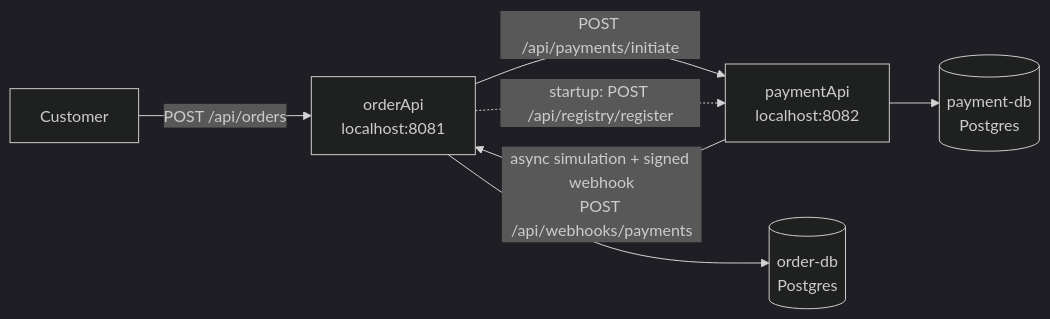
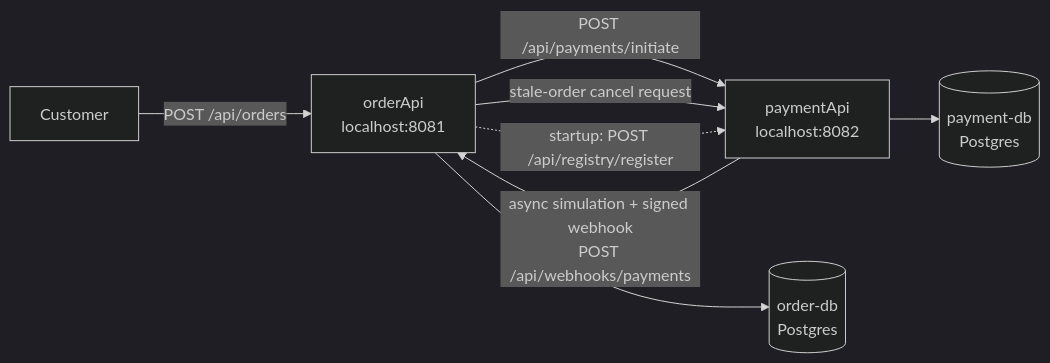
The first of 2 diagrams in webhooks/README.md (PouyaPouryaie/async-communication-pattern), drawn with Mermaid (dark theme) before and after one commit. The commit also changed other lines of this file and 19 other files, not shown here.

Commit message:
feat: Implement stale order cancellation mechanism and update payment status handling

````diff
--- a/webhooks/README.md
+++ b/webhooks/README.md
@@ -35,9 +37,10 @@
 ```mermaid
 flowchart LR
     Customer[Customer] -->|POST /api/orders| OrderApi[orderApi\nlocalhost:8081]
     OrderApi -->|POST /api/payments/initiate| PaymentApi[paymentApi\nlocalhost:8082]
+    OrderApi -->|stale-order cancel request| PaymentApi
     OrderApi -.->|startup: POST /api/registry/register| PaymentApi
     PaymentApi -->|async simulation + signed webhook\nPOST /api/webhooks/payments| OrderApi
     OrderApi --> OrderDb[(order-db\nPostgres)]
     PaymentApi --> PaymentDb[(payment-db\nPostgres)]
 ```
````
